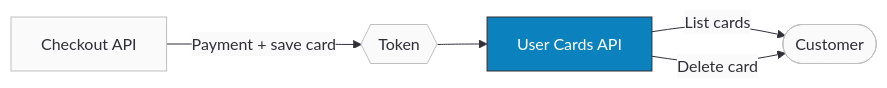
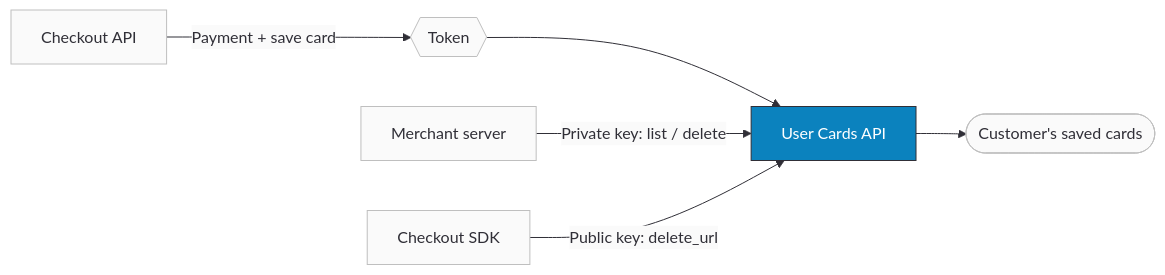
One commit to ottuco/docs changed the first of 2 diagrams in docs/developers/cards-and-tokens/user-cards.mdx. Above: the diagram before and after it, drawn with Mermaid. The commit also changed other lines of this file and 13 other files, not shown here.

First line of the commit message:
docs(developers): public key refused on cards, payment methods and auto-debit; SDK session card delete (#159332)

````diff
--- a/docs/developers/cards-and-tokens/user-cards.mdx
+++ b/docs/developers/cards-and-tokens/user-cards.mdx
@@ -46,11 +75,12 @@
 ```mermaid
 %%{init: {"theme": "base", "themeVariables": {"background": "#F4F4F4", "primaryColor": "#FAFAFA", "primaryTextColor": "#302F37", "primaryBorderColor": "#BFBFBF", "lineColor": "#302F37", "secondaryColor": "#FAFAFA", "tertiaryColor": "#FAFAFA"}}}%%
 graph LR
     A[Checkout API] -->|Payment + save card| B{{Token}}
     B --> C[User Cards API]
-    C -->|List cards| D([Customer])
-    C -->|Delete card| D
+    S[Merchant server] -->|Private key: list / delete| C
+    K[Checkout SDK] -->|Public key: delete_url| C
+    C --> D([Customer's saved cards])
 
     classDef accent fill:#0B82BE,color:#FFFFFF,stroke:#302F37
     class C accent
 ```
````
